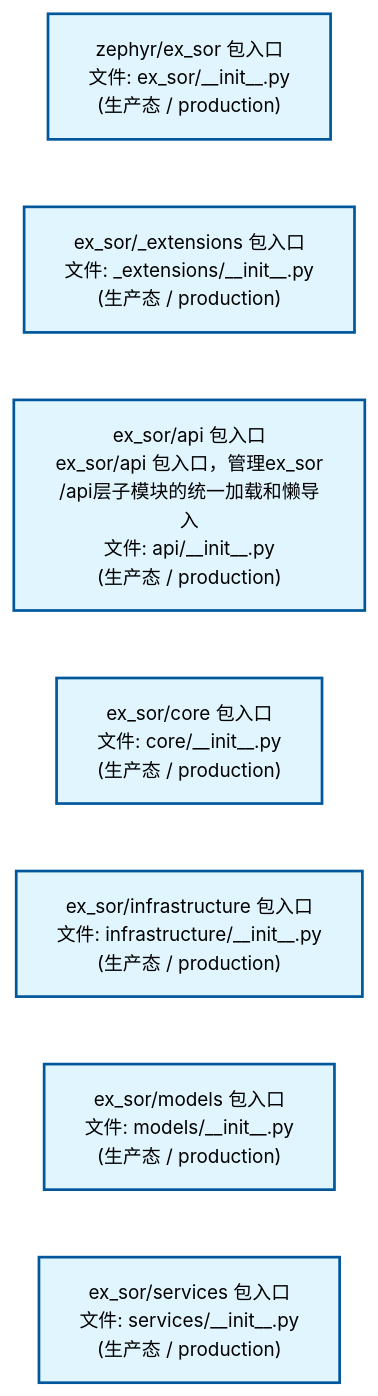
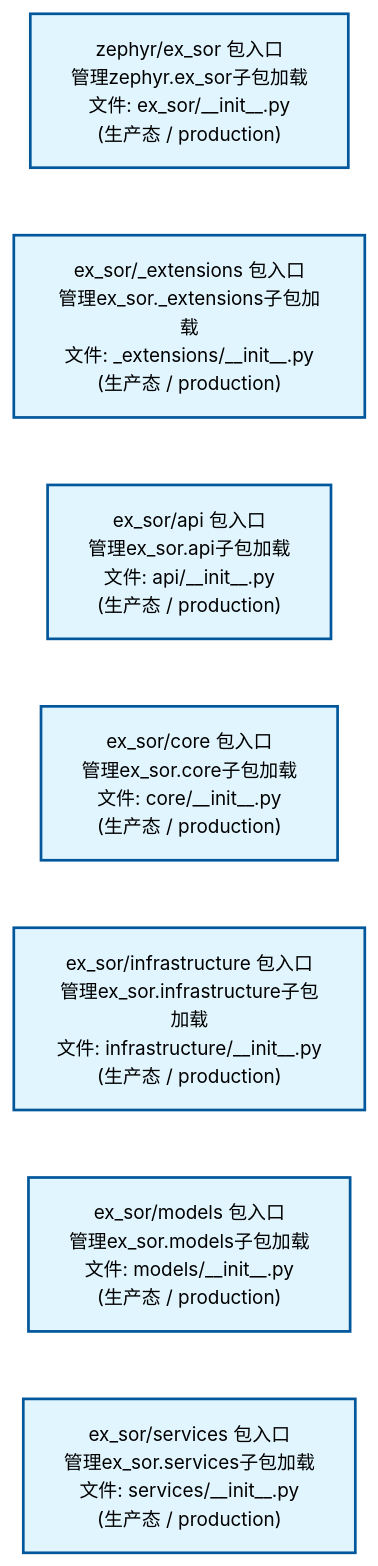
The second of 4 diagrams in docs/02_enterprise_architecture/02_domain_architecture_docs/45_d_ex_sor.md (xuanFelixVan/ZephyrAlpha), drawn with Mermaid before and after one commit. The commit also changed other lines of this file and 61 other files, not shown here.

````diff
--- a/docs/02_enterprise_architecture/02_domain_architecture_docs/45_d_ex_sor.md
+++ b/docs/02_enterprise_architecture/02_domain_architecture_docs/45_d_ex_sor.md
@@ -111,22 +111,22 @@
 ```mermaid
 %%{init: {'theme': 'base', 'themeVariables': {'primaryColor': '#eaeaea', 'primaryTextColor': '#333333', 'primaryBorderColor': '#666666', 'lineColor': '#666666', 'secondaryColor': '#eaeaea', 'tertiaryColor': '#eaeaea', 'fontSize': '14px'}}}%%
 flowchart TD
-    src_zephyr_ex_sor_init_py["zephyr/ex_sor 包入口<br/>文件: ex_sor/__init__.py<br/>(生产态 / production)"]
-    src_zephyr_ex_sor_extensions_init_py["ex_sor/_extensions 包入口<br/>文件: _extensions/__init__.py<br/>(生产态 / production)"]
-    src_zephyr_ex_sor_api_init_py["ex_sor/api 包入口<br/>ex_sor/api 包入口，管理ex_sor<br/>/api层子模块的统一加载和懒导入<br/>文件: api/__init__.py<br/>(生产态 / production)"]
-    src_zephyr_ex_sor_core_init_py["ex_sor/core 包入口<br/>文件: core/__init__.py<br/>(生产态 / production)"]
-    src_zephyr_ex_sor_infrastructure_init_py["ex_sor/infrastructure 包入口<br/>文件: infrastructure/__init__.py<br/>(生产态 / production)"]
-    src_zephyr_ex_sor_models_init_py["ex_sor/models 包入口<br/>文件: models/__init__.py<br/>(生产态 / production)"]
-    src_zephyr_ex_sor_services_init_py["ex_sor/services 包入口<br/>文件: services/__init__.py<br/>(生产态 / production)"]
+    src_zephyr_ex_sor_init_py["zephyr/ex_sor 包入口<br/>管理zephyr.ex_sor子包加载<br/>文件: ex_sor/__init__.py<br/>(生产态 / production)"]
+    src_zephyr_ex_sor_extensions_init_py["ex_sor/_extensions 包入口<br/>管理ex_sor._extensions子包加载<br/>文件: _extensions/__init__.py<br/>(生产态 / production)"]
+    src_zephyr_ex_sor_api_init_py["ex_sor/api 包入口<br/>管理ex_sor.api子包加载<br/>文件: api/__init__.py<br/>(生产态 / production)"]
+    src_zephyr_ex_sor_core_init_py["ex_sor/core 包入口<br/>管理ex_sor.core子包加载<br/>文件: core/__init__.py<br/>(生产态 / production)"]
+    src_zephyr_ex_sor_infrastructure_init_py["ex_sor/infrastructure 包入口<br/>管理ex_sor.infrastructure子包加载<br/>文件: infrastructure/__init__.py<br/>(生产态 / production)"]
+    src_zephyr_ex_sor_models_init_py["ex_sor/models 包入口<br/>管理ex_sor.models子包加载<br/>文件: models/__init__.py<br/>(生产态 / production)"]
+    src_zephyr_ex_sor_services_init_py["ex_sor/services 包入口<br/>管理ex_sor.services子包加载<br/>文件: services/__init__.py<br/>(生产态 / production)"]
     src_zephyr_ex_sor_init_py ~~~ src_zephyr_ex_sor_extensions_init_py
     src_zephyr_ex_sor_extensions_init_py ~~~ src_zephyr_ex_sor_api_init_py
     src_zephyr_ex_sor_api_init_py ~~~ src_zephyr_ex_sor_core_init_py
     src_zephyr_ex_sor_core_init_py ~~~ src_zephyr_ex_sor_infrastructure_init_py
     src_zephyr_ex_sor_infrastructure_init_py ~~~ src_zephyr_ex_sor_models_init_py
     src_zephyr_ex_sor_models_init_py ~~~ src_zephyr_ex_sor_services_init_py
     classDef production fill:#e1f5fe,stroke:#01579b,stroke-width:2px,color:#000
     classDef design fill:#fff3e0,stroke:#e65100,stroke-width:2px,color:#000,stroke-dasharray: 5 5
     classDef external_prod fill:#e8f4fd,stroke:#0277bd,stroke-width:1px,color:#000
     classDef external_design fill:#fff8e7,stroke:#ef6c00,stroke-width:1px,color:#000,stroke-dasharray: 5 5
     class src_zephyr_ex_sor_init_py,src_zephyr_ex_sor_extensions_init_py,src_zephyr_ex_sor_api_init_py,src_zephyr_ex_sor_core_init_py,src_zephyr_ex_sor_infrastructure_init_py,src_zephyr_ex_sor_models_init_py,src_zephyr_ex_sor_services_init_py production
 ```
````
